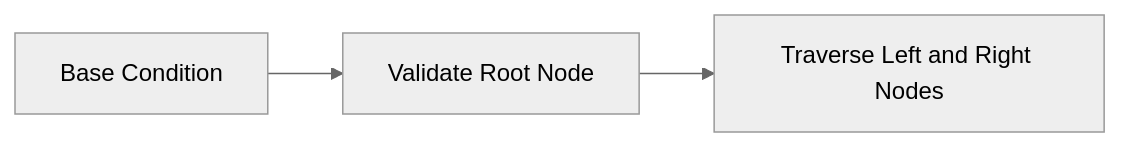
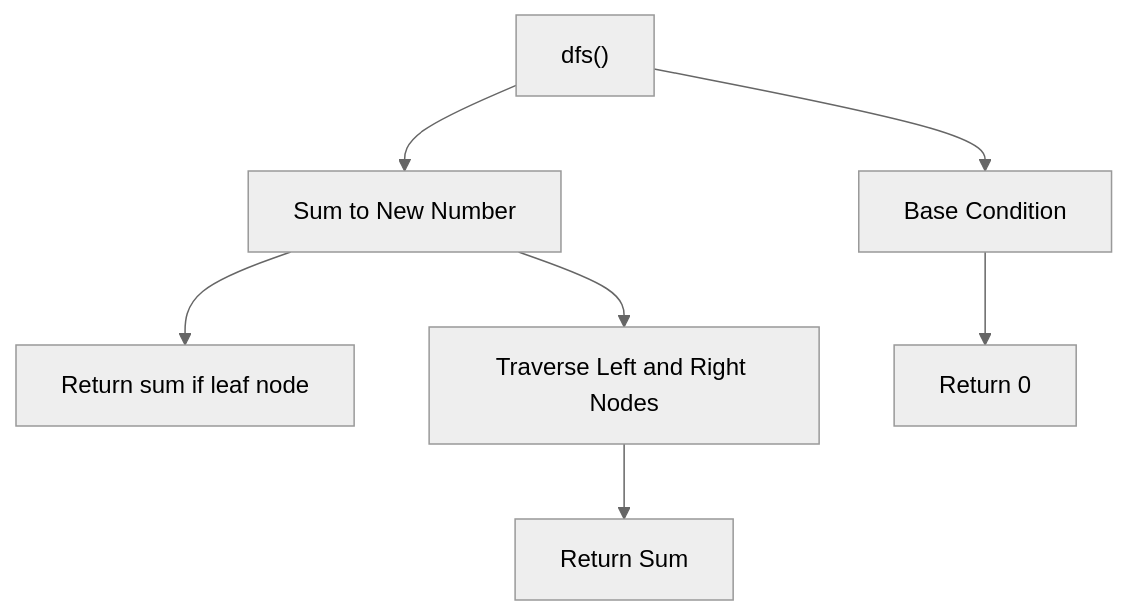
Before and after one commit to adeveloperdiary/adeveloperdiary.github.io: the diagram in _posts/2024-04-11-sum-root-to-leaf-numbers.md, drawn with Mermaid (neutral theme). The commit also changed other lines of this file and 5 other files, not shown here.

````diff
--- a/_posts/2024-04-11-sum-root-to-leaf-numbers.md
+++ b/_posts/2024-04-11-sum-root-to-leaf-numbers.md
@@ -58,5 +76,12 @@
 ```mermaid
-flowchart LR
-    A["Base Condition"]-->B["Validate Root Node"]-->C["Traverse Left and Right Nodes"]
+flowchart TD
+    Z["dfs()"]
+    Z-->A
+    A["Base Condition"]
+    Z-->B["Sum to New Number"]-->D["Return sum if leaf node"]
+    C["Traverse Left and Right Nodes"]
+    B-->C
+    A-->K[Return 0]
+    C-->M["Return Sum"]
 
 ```
````
